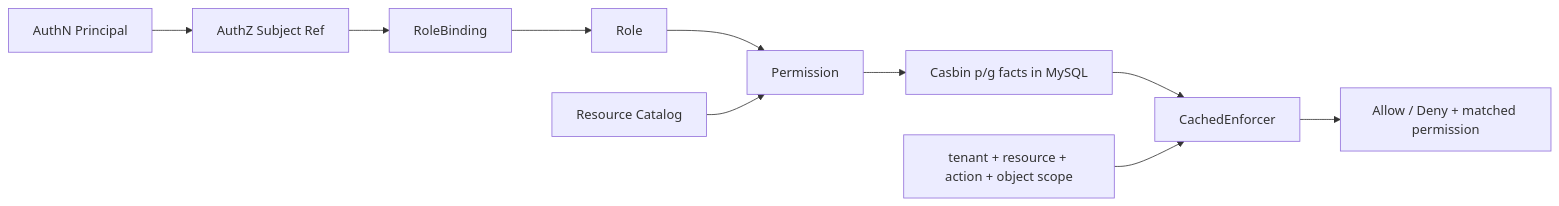
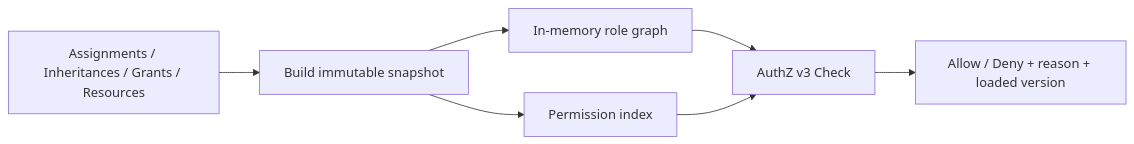
One commit to FangcunMount/iam changed the diagram in docs/02-业务模块/03-AuthZ/00-模块总览.md. Above: the diagram before and after it, drawn with Mermaid. The commit also changed other lines of this file and 32 other files, not shown here.

````diff
--- a/docs/02-业务模块/03-AuthZ/00-模块总览.md
+++ b/docs/02-业务模块/03-AuthZ/00-模块总览.md
@@ -29,12 +28,9 @@
 ```mermaid
 flowchart LR
-    Principal["AuthN Principal"] --> Subject["AuthZ Subject Ref"]
-    Subject --> Binding["RoleBinding"]
-    Binding --> Role["Role"]
-    Role --> Permission["Permission"]
-    Resource["Resource Catalog"] --> Permission
-    Permission --> Facts["Casbin p/g facts in MySQL"]
-    Facts --> Runtime["CachedEnforcer"]
-    Request["tenant + resource + action + object scope"] --> Runtime
-    Runtime --> Decision["Allow / Deny + matched permission"]
+    DB["Assignments / Inheritances / Grants / Resources"] --> Build["Build immutable snapshot"]
+    Build --> Graph["In-memory role graph"]
+    Build --> Index["Permission index"]
+    Graph --> Check["AuthZ v3 Check"]
+    Index --> Check
+    Check --> Decision["Allow / Deny + reason + loaded version"]
 ```
````
